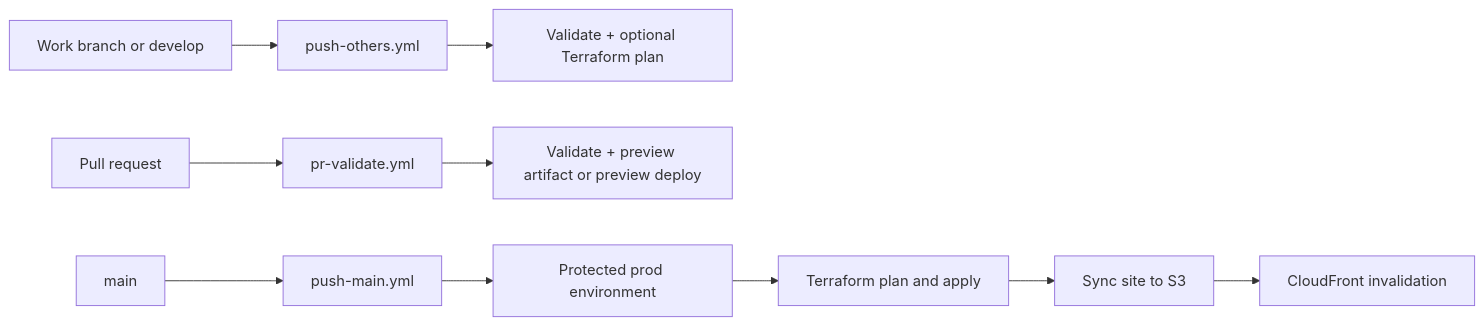
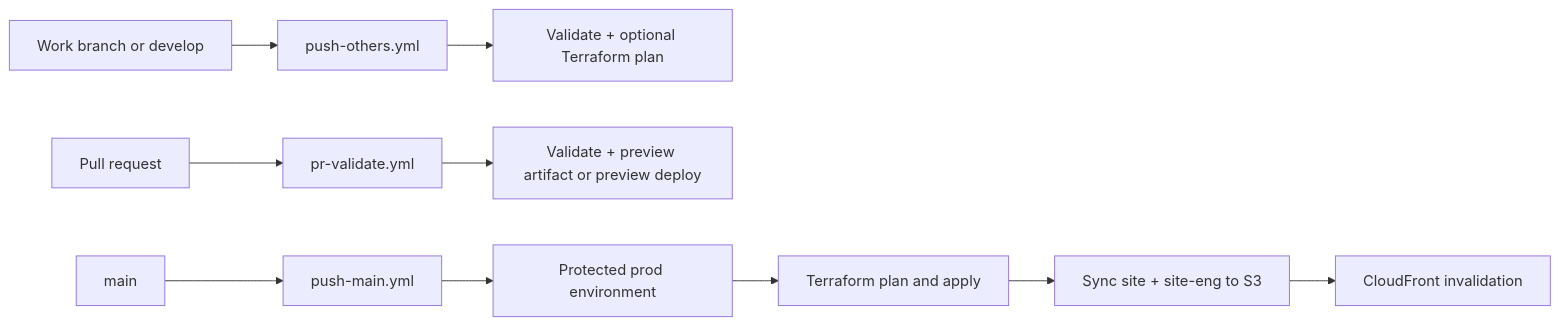
One commit to FormoSeanIap/formoseaniap-platform changed the second of 3 diagrams in README.md. Above: the diagram before and after it, drawn with Mermaid. The commit also changed other lines of this file and 6 other files, not shown here.

````diff
--- a/README.md
+++ b/README.md
@@ -173,13 +187,13 @@
 ```mermaid
 flowchart LR
   Dev[Work branch or develop] --> PushOthers[push-others.yml]
   PR[Pull request] --> PRValidate[pr-validate.yml]
   Main[main] --> PushMain[push-main.yml]
 
   PushOthers --> Validate1[Validate + optional Terraform plan]
   PRValidate --> Validate2[Validate + preview artifact or preview deploy]
   PushMain --> Gate[Protected prod environment]
   Gate --> TFApply[Terraform plan and apply]
-  TFApply --> Deploy[Sync site to S3]
+  TFApply --> Deploy[Sync site + site-eng to S3]
   Deploy --> Invalidate[CloudFront invalidation]
 ```
````
